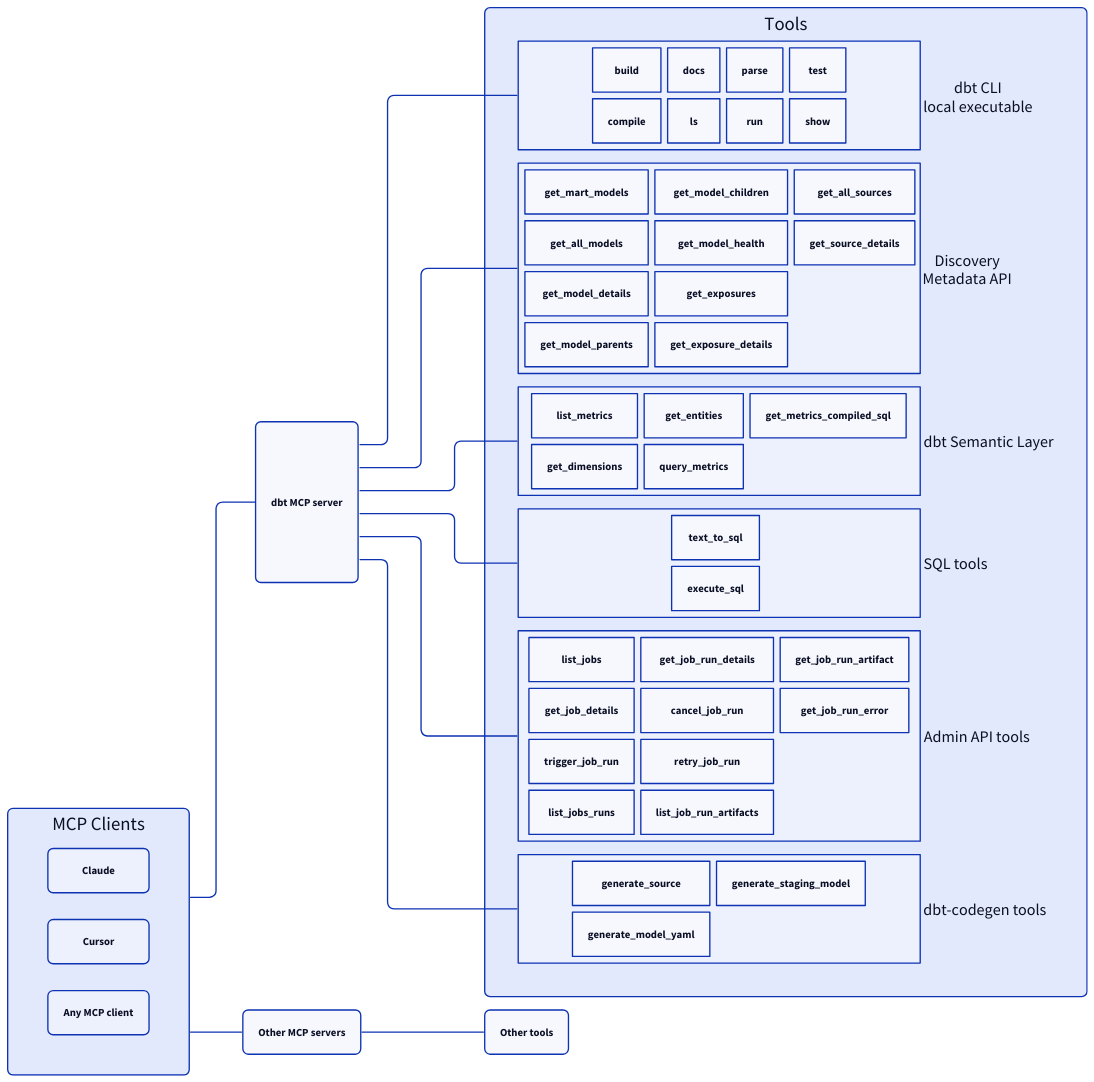
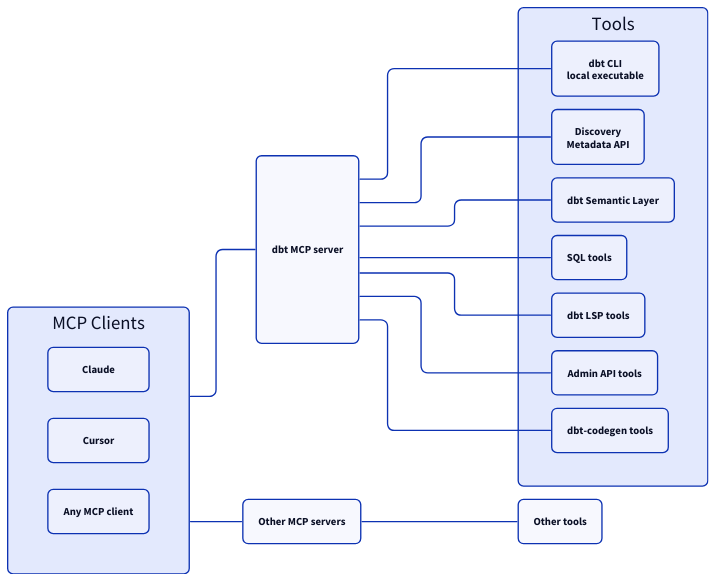
The diagram in docs/diagram.d2 (jairus-m/dbt-mcp), drawn with D2 before and after one commit. The commit also changed 7 other files, not shown here.

```diff
--- a/docs/diagram.d2
+++ b/docs/diagram.d2
@@ -1,115 +1,75 @@
 vars: {
   d2-config: {
     layout-engine: elk
   }
 }
 
 direction: right
 *.style.border-radius: 8
 
 classes: {
   container: {
     grid-columns: 2
     grid-rows: 2
     grid-gap: 10
     width: 600
     *.style.border-radius: 8
   }
 
   big-container: {
     grid-columns: 2
     grid-rows: 4
     grid-gap: 10
     width: 600
     *.style.border-radius: 8
   }
 }
 
 mcp: dbt MCP server
 
 tools: Tools {
   cli: dbt CLI\nlocal executable {
-    label.near: outside-right-center
-    class: container
-    build
-    compile
-    docs
-    ls
-    parse
-    run
-    test
-    show
+    style.border-radius: 8
   }
 
   discovery: Discovery\nMetadata API {
-    label.near: outside-right-center
-    class: big-container
-    get_mart_models
-    get_all_models
-    get_model_details
-    get_model_parents
-    get_model_children
-    get_model_health
-    get_exposures
-    get_exposure_details
-    get_all_sources
-    get_source_details
+    style.border-radius: 8
   }
 
   sl: dbt Semantic Layer {
-    label.near: outside-right-center
-    class: container
-    list_metrics
-    get_dimensions
-    get_entities
-    query_metrics
-    get_metrics_compiled_sql
+    style.border-radius: 8
   }
 
   sql: SQL tools {
-    label.near: outside-right-center
-    class: container
-    text_to_sql
-    execute_sql
+    style.border-radius: 8
+  }
+
+  lsp: dbt LSP tools {
+    style.border-radius: 8
   }
 
   admin: Admin API tools {
-    label.near: outside-right-center
-    class: big-container
-    list_jobs
-    get_job_details
-    trigger_job_run
-    list_jobs_runs
-    get_job_run_details
-    cancel_job_run
-    retry_job_run
-    list_job_run_artifacts
-    get_job_run_artifact
-    get_job_run_error
+    style.border-radius: 8
   }
 
   codegen: dbt-codegen tools {
-    label.near: outside-right-center
-    class: container
-    generate_source
-    generate_model_yaml
-    generate_staging_model
+    style.border-radius: 8
   }
 }
 
 mcp -- tools.*
 
 clients: MCP Clients {
   grid-columns: 1
   *.style.border-radius: 8
   Claude
   Cursor
   mcp_clients: Any MCP client
 }
 
 other_mcp: Other MCP servers
 other_tools: Other tools
 
 clients -- mcp
 clients -- other_mcp
 other_mcp -- other_tools
```
